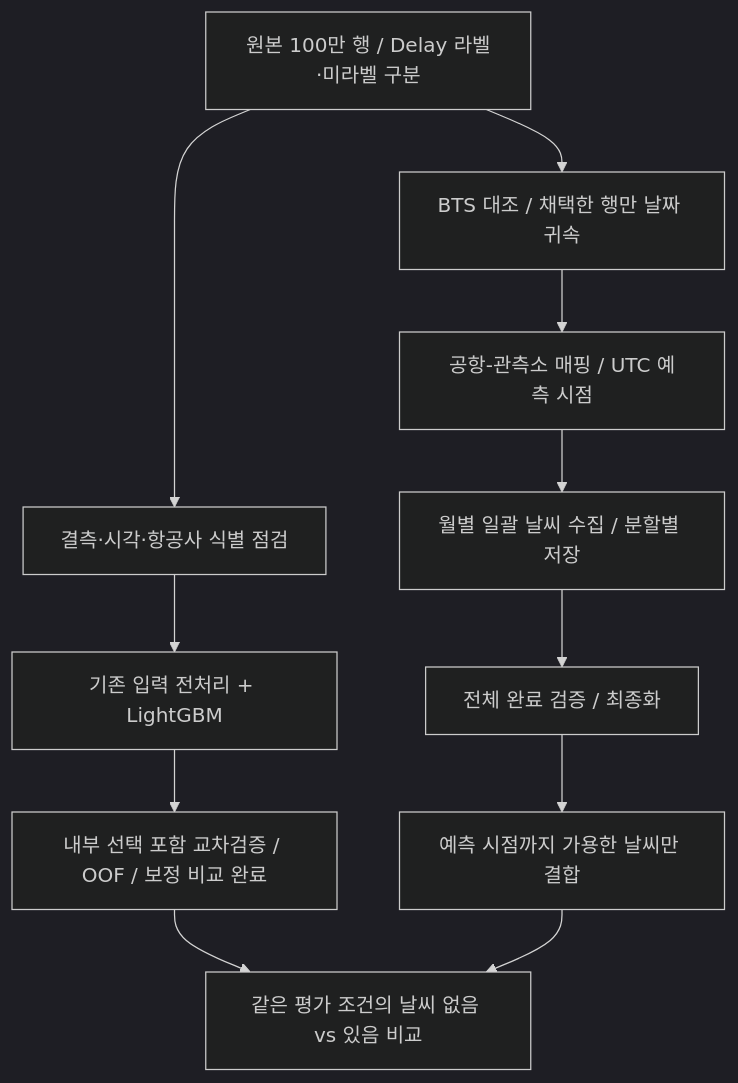
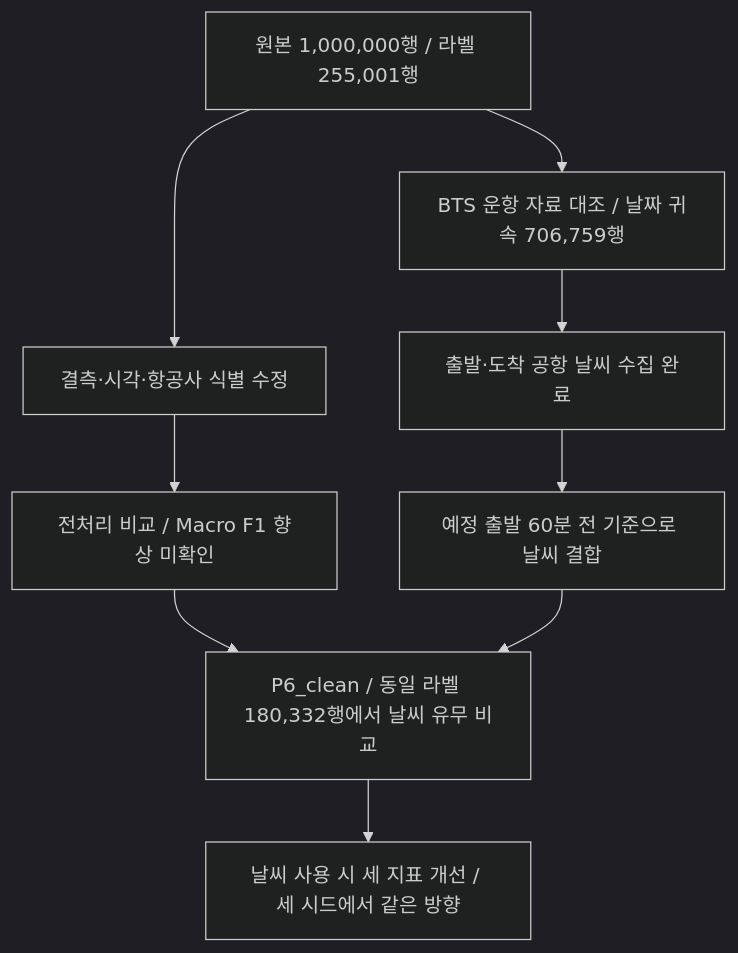
One commit to Peter-jackson12/Airplane changed the first of 3 diagrams in README.md. Above: the diagram before and after it, drawn with Mermaid (dark theme). The commit also changed other lines of this file and 11 other files, not shown here.

````diff
--- a/README.md
+++ b/README.md
@@ -114,13 +106,11 @@
 ```mermaid
 flowchart TD
-    A["원본 100만 행 / Delay 라벨·미라벨 구분"] --> B["결측·시각·항공사 식별 점검"]
-    B --> C["기존 입력 전처리 + LightGBM"]
-    C --> D["내부 선택 포함 교차검증 / OOF / 보정 비교 완료"]
-    A --> E["BTS 대조 / 채택한 행만 날짜 귀속"]
-    E --> F["공항-관측소 매핑 / UTC 예측 시점"]
-    F --> G["월별 일괄 날씨 수집 / 분할별 저장"]
-    G --> H["전체 완료 검증 / 최종화"]
-    H --> I["예측 시점까지 가용한 날씨만 결합"]
-    D --> J["같은 평가 조건의 날씨 없음 vs 있음 비교"]
-    I --> J
+    A["원본 1,000,000행 / 라벨 255,001행"] --> B["결측·시각·항공사 식별 수정"]
+    B --> C["전처리 비교 / Macro F1 향상 미확인"]
+    A --> D["BTS 운항 자료 대조 / 날짜 귀속 706,759행"]
+    D --> E["출발·도착 공항 날씨 수집 완료"]
+    E --> F["예정 출발 60분 전 기준으로 날씨 결합"]
+    C --> G["P6_clean / 동일 라벨 180,332행에서 날씨 유무 비교"]
+    F --> G
+    G --> H["날씨 사용 시 세 지표 개선 / 세 시드에서 같은 방향"]
 ```
````
